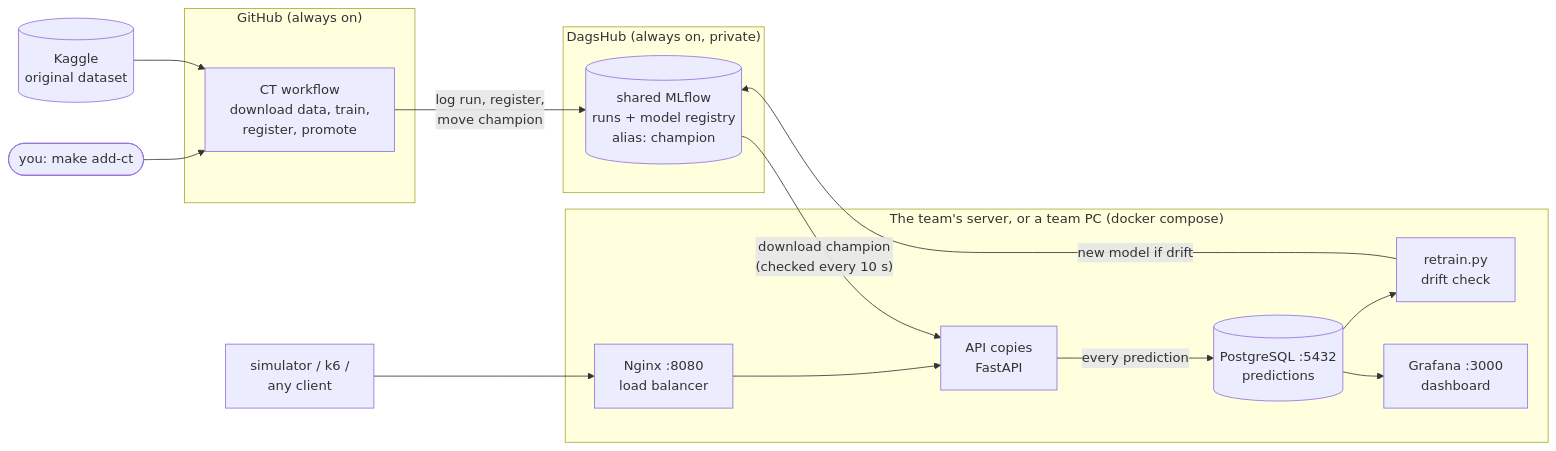
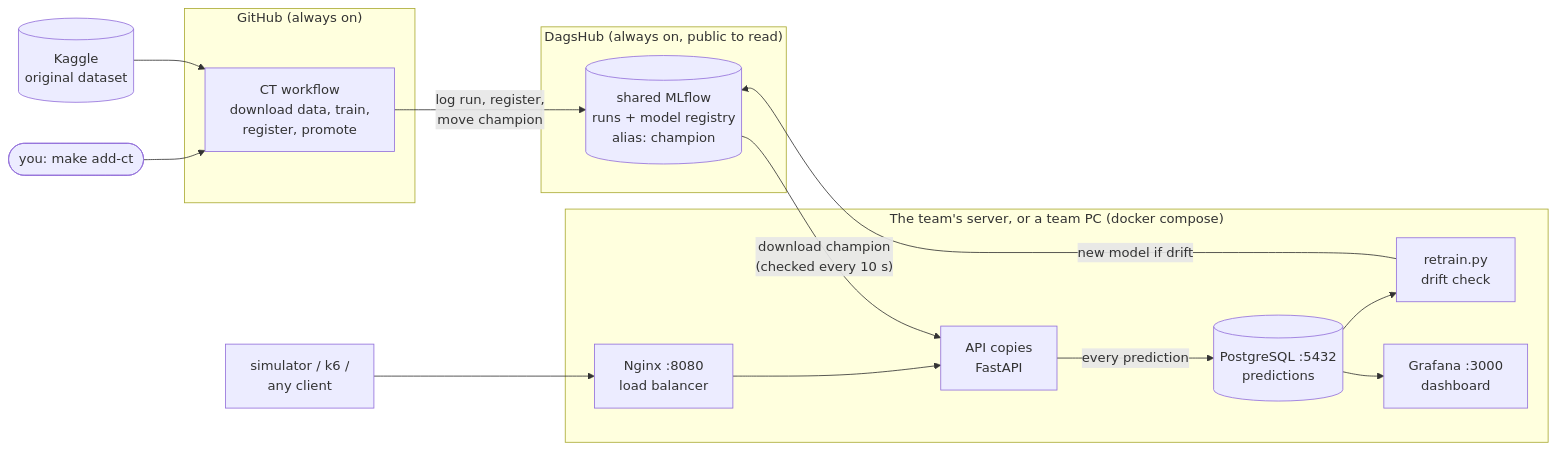
One commit to deensza/skysat-mlops changed the first of 3 diagrams in docs/architecture.md. Above: the diagram before and after it, drawn with Mermaid. The commit also changed other lines of this file and 1 other file, not shown here.

Commit message:
Docs: the DagsHub repo is public to read, anonymous writes are refused, no dataset rows are logged there

````diff
--- a/docs/architecture.md
+++ b/docs/architecture.md
@@ -17,29 +17,29 @@
 ```mermaid
 flowchart LR
     subgraph GH["GitHub (always on)"]
         ct["CT workflow<br/>download data, train,<br/>register, promote"]
     end
-    subgraph DH["DagsHub (always on, private)"]
+    subgraph DH["DagsHub (always on, public to read)"]
         mlflow[("shared MLflow<br/>runs + model registry<br/>alias: champion")]
     end
     subgraph PC["The team's server, or a team PC (docker compose)"]
         api["API copies<br/>FastAPI"]
         nginx["Nginx :8080<br/>load balancer"]
         pg[("PostgreSQL :5432<br/>predictions")]
         grafana["Grafana :3000<br/>dashboard"]
         retrain["retrain.py<br/>drift check"]
     end
     kaggle[("Kaggle<br/>original dataset")]
     you(["you: make add-ct"])
     users["simulator / k6 /<br/>any client"]
 
     you --> ct
     kaggle --> ct
     ct -- "log run, register,<br/>move champion" --> mlflow
     mlflow -- "download champion<br/>(checked every 10 s)" --> api
     users --> nginx --> api
     api -- "every prediction" --> pg
     pg --> grafana
     pg --> retrain
     retrain -- "new model if drift" --> mlflow
 ```
````
